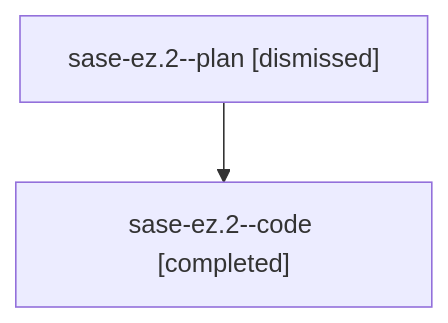
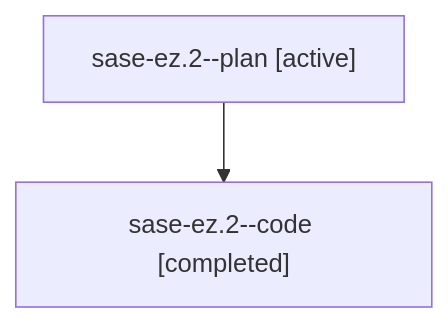
The diagram in families/bbugyi200.athena.sase-ez.2.md (sase-org/sase--agents), drawn with Mermaid before and after one commit. The commit also changed other lines of this file and 4556 other files, not shown here.

````diff
--- a/families/bbugyi200.athena.sase-ez.2.md
+++ b/families/bbugyi200.athena.sase-ez.2.md
@@ -9,6 +9,6 @@
 ```mermaid
 flowchart TD
-  n0["sase-ez.2--plan [dismissed]"]
+  n0["sase-ez.2--plan [active]"]
   n1["sase-ez.2--code [completed]"]
   n0 --> n1
 ```
````
